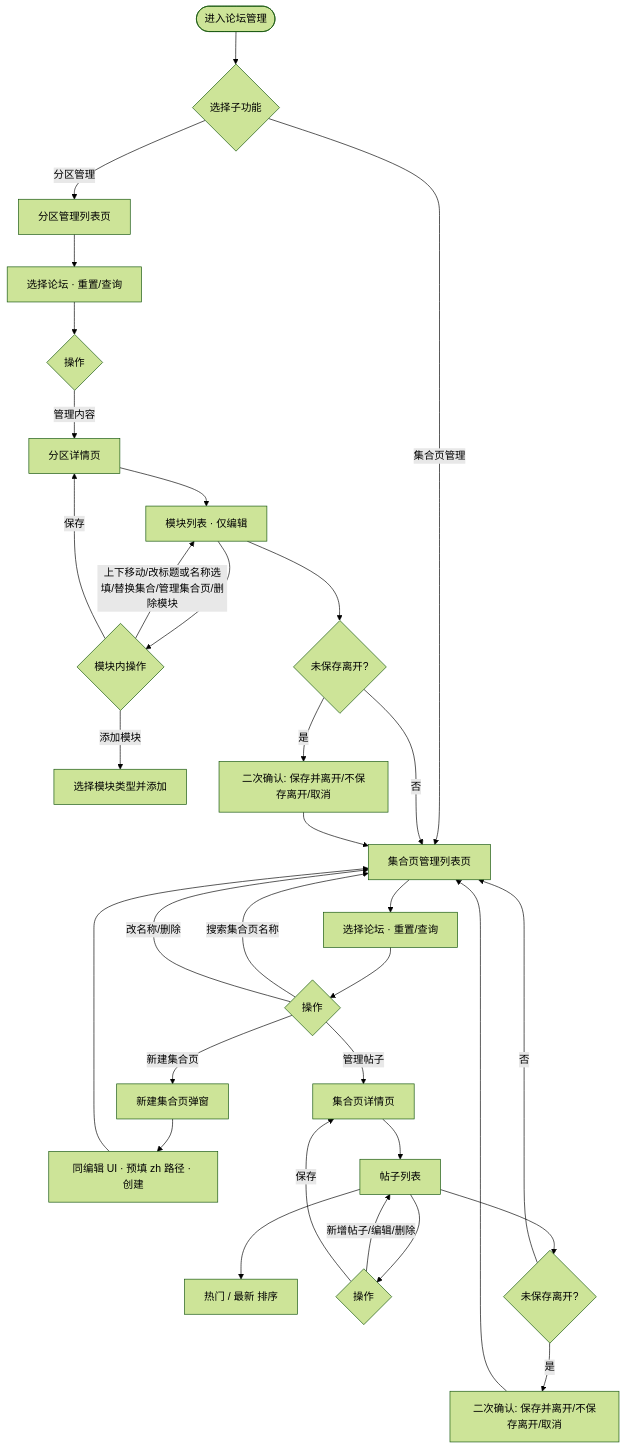
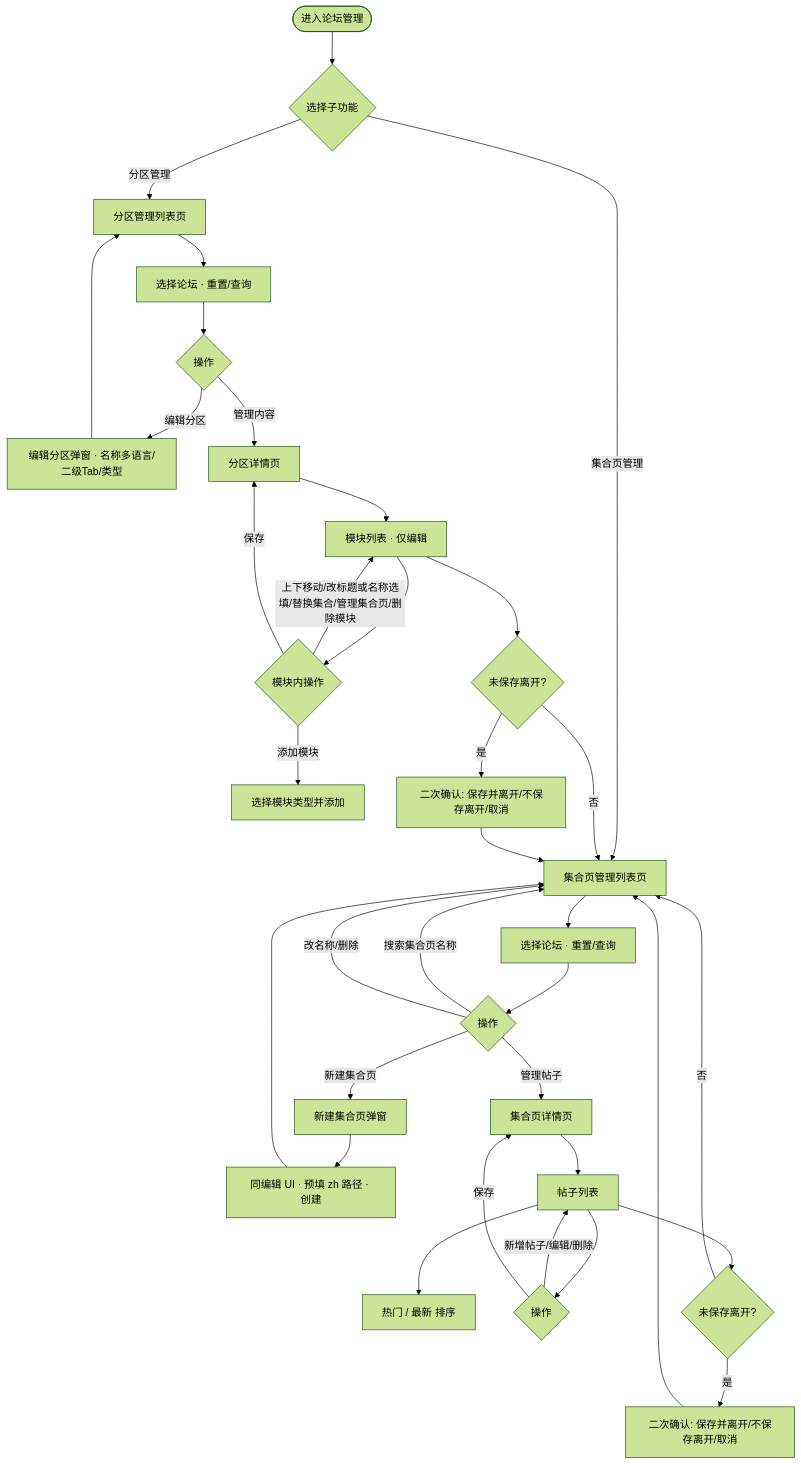
One commit to Chantinoo/joytap-admin changed the diagram in docs/PRD-分区管理与集合页管理.md. Above: the diagram before and after it, drawn with Mermaid (forest theme). The commit also changed other lines of this file and 6 other files, not shown here.

````diff
--- a/docs/PRD-分区管理与集合页管理.md
+++ b/docs/PRD-分区管理与集合页管理.md
@@ -21,39 +21,41 @@
 ```mermaid
 flowchart TD
     Start([进入论坛管理]) --> Branch{选择子功能}
     Branch -->|分区管理| TabList[分区管理列表页]
     Branch -->|集合页管理| ColList[集合页管理列表页]
 
     TabList --> TabFilter[选择论坛 · 重置/查询]
     TabFilter --> TabActions{操作}
+    TabActions -->|编辑分区| EditPart[编辑分区弹窗 · 名称多语言/二级Tab/类型]
     TabActions -->|管理内容| TabDetail[分区详情页]
+    EditPart --> TabList
     TabDetail --> ModuleList[模块列表 · 仅编辑]
     ModuleList --> ModuleActions{模块内操作}
     ModuleActions -->|添加模块| AddModModal[选择模块类型并添加]
     ModuleActions -->|上下移动/改标题或名称选填/替换集合/管理集合页/删除模块| ModuleList
     ModuleActions -->|保存| TabDetail
     ModuleList --> Leave1{未保存离开?}
     Leave1 -->|是| Confirm1[二次确认: 保存并离开/不保存离开/取消]
     Leave1 -->|否| ColList
     Confirm1 --> ColList
 
     ColList --> ColFilter[选择论坛 · 重置/查询]
     ColFilter --> ColActions{操作}
     ColActions -->|搜索集合页名称| ColList
     ColActions -->|新建集合页| ColModal[新建集合页弹窗]
     ColActions -->|管理帖子| ColDetail[集合页详情页]
     ColActions -->|改名称/删除| ColList
 
     ColModal --> ColSubmit[同编辑 UI · 预填 zh 路径 · 创建]
     ColSubmit --> ColList
 
     ColDetail --> PostList[帖子列表]
     PostList --> Sort[热门 / 最新 排序]
     PostList --> PostActions{操作}
     PostActions -->|新增帖子/编辑/删除| PostList
     PostActions -->|保存| ColDetail
     PostList --> Leave2{未保存离开?}
     Leave2 -->|是| Confirm2[二次确认: 保存并离开/不保存离开/取消]
     Leave2 -->|否| ColList
     Confirm2 --> ColList
 ```
````
